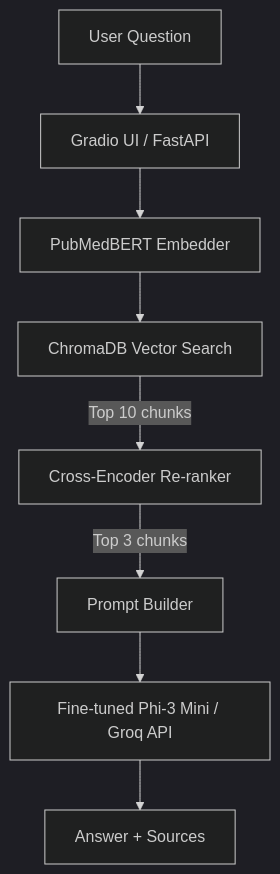
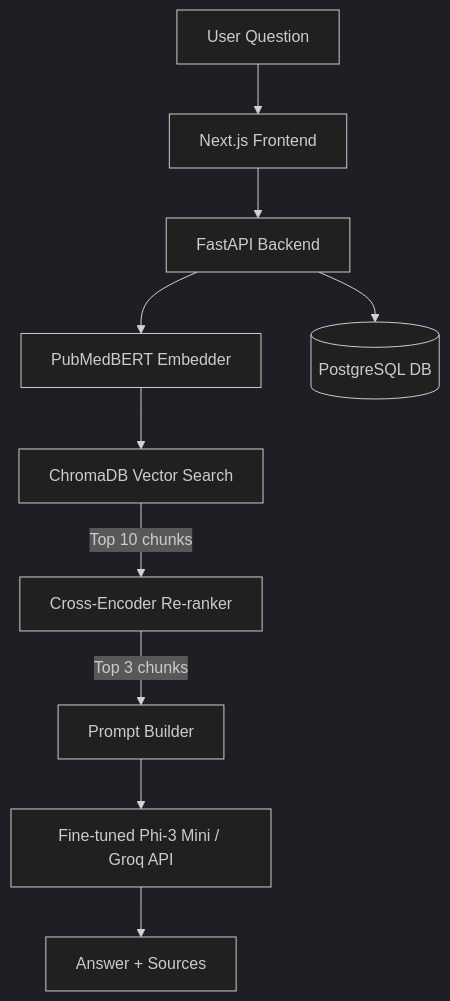
One commit to koi-bito/Medical-QA-AI-Assistant changed the diagram in README.md. Above: the diagram before and after it, drawn with Mermaid (dark theme). The commit also changed other lines of this file, not shown here.

````diff
--- a/README.md
+++ b/README.md
@@ -18,10 +18,12 @@
 ```mermaid
 graph TD
-    A[User Question] --> B[Gradio UI / FastAPI]
-    B --> C[PubMedBERT Embedder]
-    C --> D[ChromaDB Vector Search]
-    D -- Top 10 chunks --> E[Cross-Encoder Re-ranker]
-    E -- Top 3 chunks --> F[Prompt Builder]
-    F --> G[Fine-tuned Phi-3 Mini / Groq API]
-    G --> H[Answer + Sources]
+    A[User Question] --> B[Next.js Frontend]
+    B --> C[FastAPI Backend]
+    C --> D[PubMedBERT Embedder]
+    C --> E[(PostgreSQL DB)]
+    D --> F[ChromaDB Vector Search]
+    F -- Top 10 chunks --> G[Cross-Encoder Re-ranker]
+    G -- Top 3 chunks --> H[Prompt Builder]
+    H --> I[Fine-tuned Phi-3 Mini / Groq API]
+    I --> J[Answer + Sources]
 ```
````
